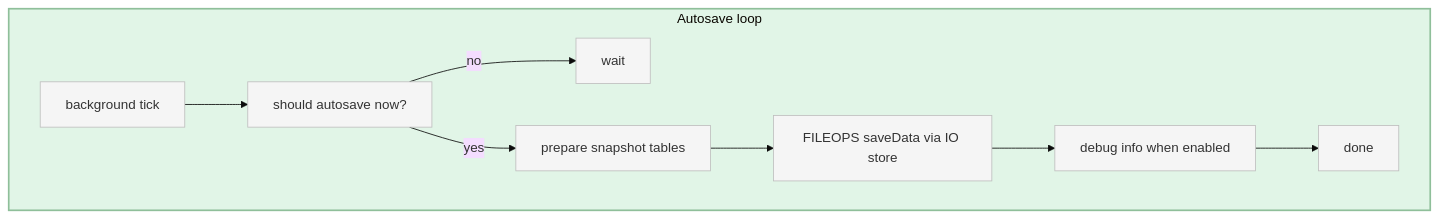
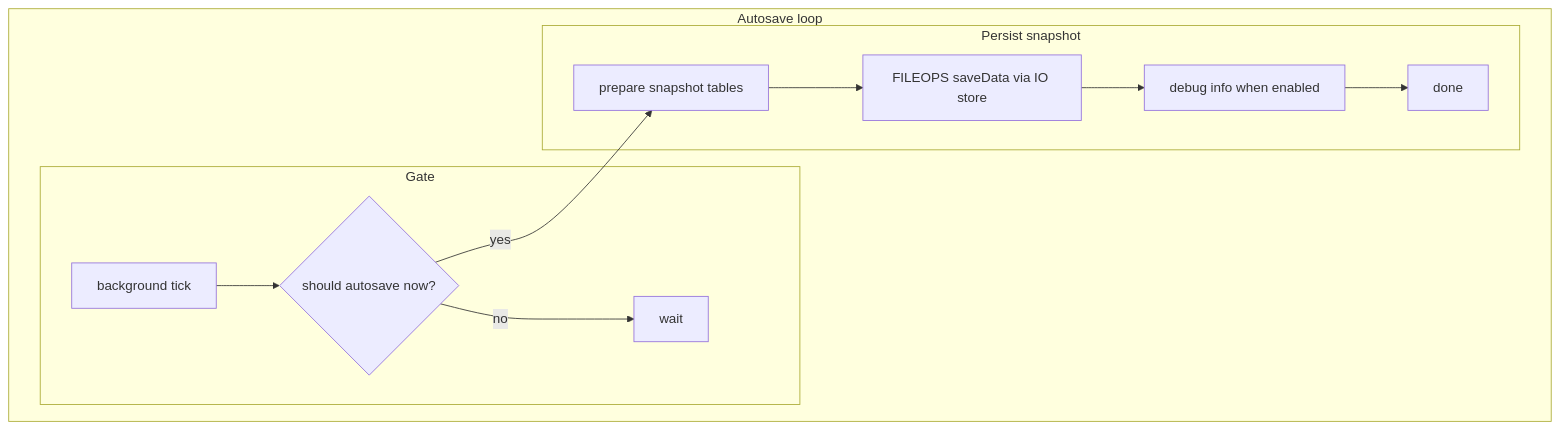
One commit to Gh0st352/AETHR changed the third of 3 diagrams in docs/autosave/README.md. Above: the diagram before and after it, drawn with Mermaid. The commit also changed other lines of this file, not shown here.

Commit message:
docs(autosave, mermaid): normalize headings, adopt shared Mermaid theme, restructure diagrams and standardize classes

````diff
--- a/docs/autosave/README.md
+++ b/docs/autosave/README.md
@@ -71,22 +75,27 @@
 ```mermaid
-%%{init: {"theme":"base"}}%%
+%% shared theme: docs/_mermaid/theme.json %%
 flowchart TB
-  subgraph LOOP [Autosave loop]
-    style LOOP fill:#e1f5e7,stroke:#8fbf9a,stroke-width:2px
-    TICK[background tick]
-    CHECK[should autosave now?]
-    WAIT[wait]
-    SNAP[prepare snapshot tables]
-    PERSIST[FILEOPS saveData via IO store]
-    LOG[debug info when enabled]
-    DONE[done]
-    TICK --> CHECK
-    CHECK -->|no| WAIT
-    CHECK -->|yes| SNAP
-    SNAP --> PERSIST
-    PERSIST --> LOG
-    LOG --> DONE
+  subgraph LOOP ["Autosave loop"]
+    subgraph GATE ["Gate"]
+      TICK[background tick]
+      CHECK{should autosave now?}
+      TICK --> CHECK
+      CHECK -- "no" --> WAIT[wait]
+    end
+    subgraph PERSIST_FLOW ["Persist snapshot"]
+      SNAP[prepare snapshot tables]
+      PERSIST[FILEOPS saveData via IO store]
+      LOG[debug info when enabled]
+      DONE[done]
+      CHECK -- "yes" --> SNAP
+      SNAP --> PERSIST
+      PERSIST --> LOG
+      LOG --> DONE
+    end
   end
-  classDef loopNode fill:#f5f5f5,stroke:#bfbfbf
-  class TICK,CHECK,WAIT,SNAP,PERSIST,LOG,DONE loopNode
+  class TICK,LOG class_tracker;
+  class CHECK class_decision;
+  class WAIT,SNAP class_step;
+  class PERSIST class_io;
+  class DONE class_result;
 ```
````
